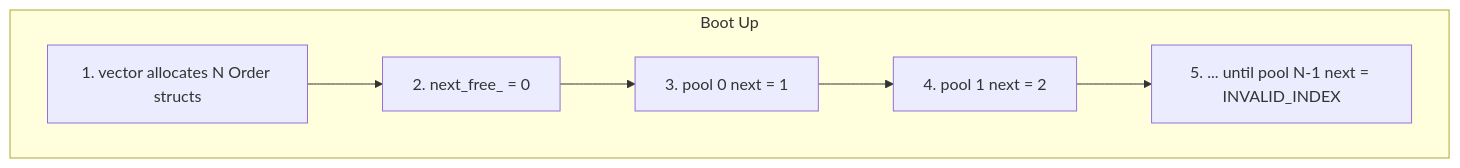
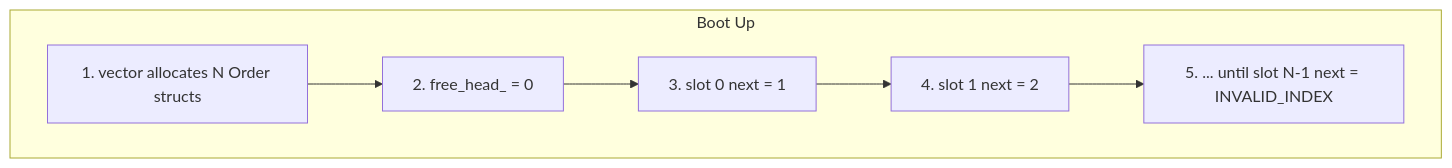
One commit to Komal-ai417/hft-matching-engine changed the second of 2 diagrams in docs/2_Architecture_And_Memory_Layout.md. Above: the diagram before and after it, drawn with Mermaid. The commit also changed other lines of this file and 28 other files, not shown here.

````diff
--- a/docs/2_Architecture_And_Memory_Layout.md
+++ b/docs/2_Architecture_And_Memory_Layout.md
@@ -66,9 +66,9 @@
 ```mermaid
 graph TD
     subgraph Initialization ["Boot Up"]
-        A["1. vector allocates N Order structs"] --> B["2. next_free_ = 0"]
-        B --> C["3. pool 0 next = 1"]
-        C --> D["4. pool 1 next = 2"]
-        D --> E["5. ... until pool N-1 next = INVALID_INDEX"]
+        A["1. vector allocates N Order structs"] --> B["2. free_head_ = 0"]
+        B --> C["3. slot 0 next = 1"]
+        C --> D["4. slot 1 next = 2"]
+        D --> E["5. ... until slot N-1 next = INVALID_INDEX"]
     end
 ```
````
